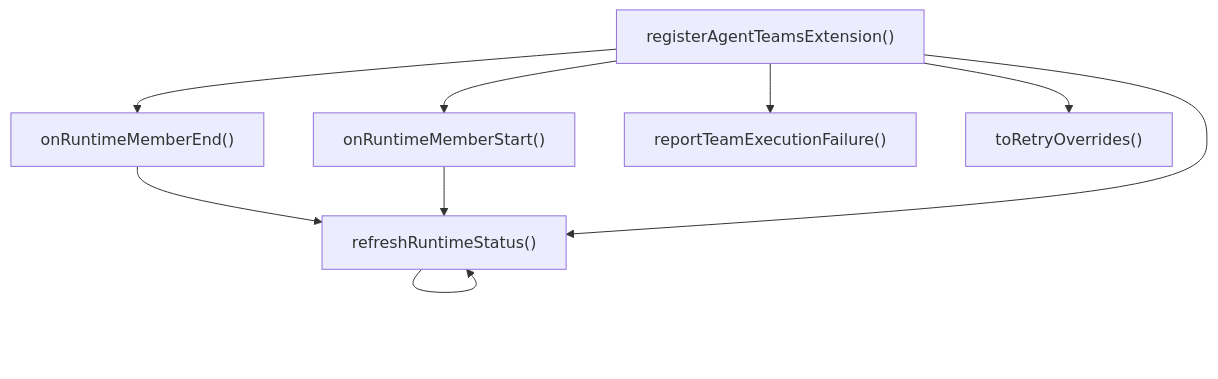
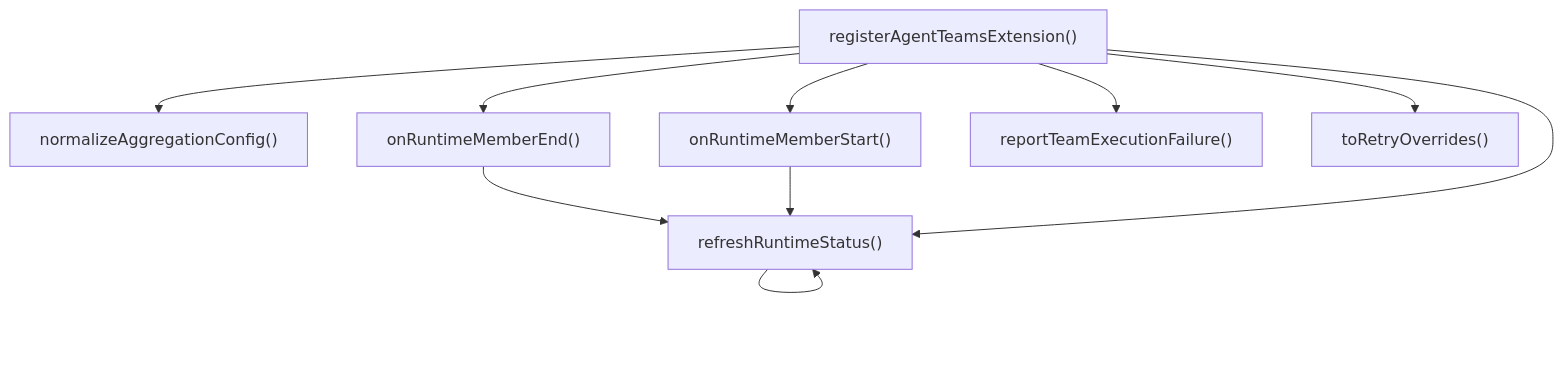
Before and after one commit to Mekann2904/mekann: the tenth of 11 diagrams in ABDD/.pi/extensions/agent-teams/extension.md, drawn with Mermaid. The commit also changed other lines of this file and 257 other files, not shown here.

````diff
--- a/ABDD/.pi/extensions/agent-teams/extension.md
+++ b/ABDD/.pi/extensions/agent-teams/extension.md
@@ -771,17 +796,19 @@
 ```mermaid
 flowchart TD
+  normalizeAggregationConfig["normalizeAggregationConfig()"]
   onRuntimeMemberEnd["onRuntimeMemberEnd()"]
   onRuntimeMemberStart["onRuntimeMemberStart()"]
   refreshRuntimeStatus["refreshRuntimeStatus()"]
   registerAgentTeamsExtension["registerAgentTeamsExtension()"]
   reportTeamExecutionFailure["reportTeamExecutionFailure()"]
   toRetryOverrides["toRetryOverrides()"]
   onRuntimeMemberEnd --> refreshRuntimeStatus
   onRuntimeMemberStart --> refreshRuntimeStatus
   refreshRuntimeStatus --> refreshRuntimeStatus
+  registerAgentTeamsExtension --> normalizeAggregationConfig
   registerAgentTeamsExtension --> onRuntimeMemberEnd
   registerAgentTeamsExtension --> onRuntimeMemberStart
   registerAgentTeamsExtension --> refreshRuntimeStatus
   registerAgentTeamsExtension --> reportTeamExecutionFailure
   registerAgentTeamsExtension --> toRetryOverrides
 ```
````
